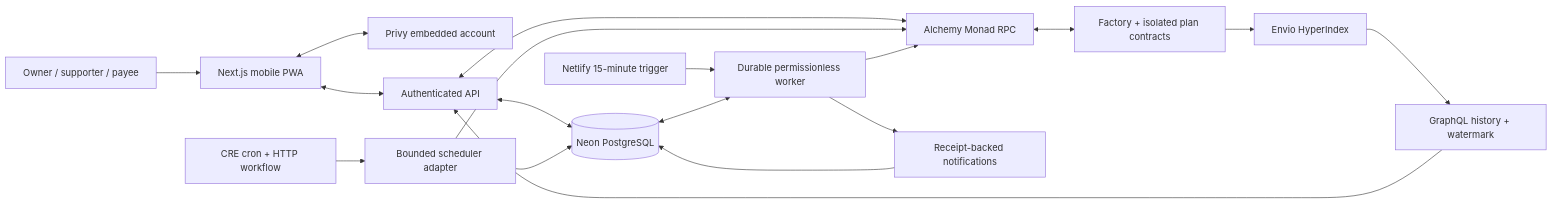
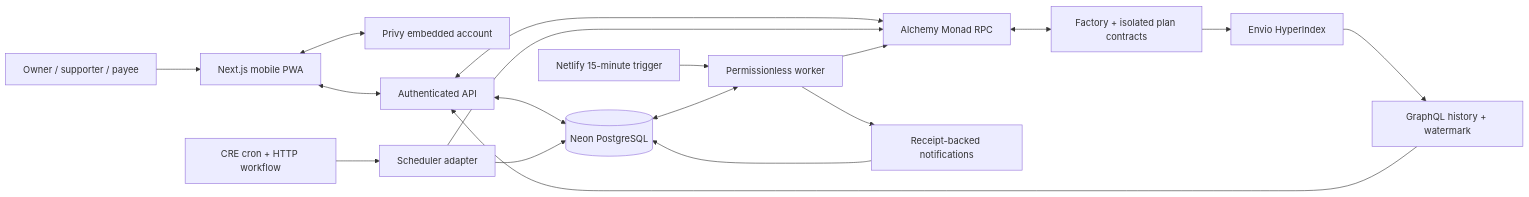
One commit to vkk28/fallback changed the diagram in README.md. Above: the diagram before and after it, drawn with Mermaid. The commit also changed other lines of this file and 30 other files, not shown here.

````diff
--- a/README.md
+++ b/README.md
@@ -148,20 +100,20 @@
-```mermaid
+~~~mermaid
 flowchart LR
     User[Owner / supporter / payee] --> App[Next.js mobile PWA]
     App <--> Privy[Privy embedded account]
     App <--> API[Authenticated API]
     API <--> DB[(Neon PostgreSQL)]
     API <--> RPC[Alchemy Monad RPC]
     RPC <--> Contracts[Factory + isolated plan contracts]
     Contracts --> Envio[Envio HyperIndex]
     Envio --> History[GraphQL history + watermark]
     History --> API
-    CRE[CRE cron + HTTP workflow] --> Adapter[Bounded scheduler adapter]
+    CRE[CRE cron + HTTP workflow] --> Adapter[Scheduler adapter]
     Adapter --> RPC
     Adapter --> DB
-    Tick[Netlify 15-minute trigger] --> Worker[Durable permissionless worker]
+    Tick[Netlify 15-minute trigger] --> Worker[Permissionless worker]
     DB <--> Worker
     Worker --> RPC
     Worker --> Notifications[Receipt-backed notifications]
     Notifications --> DB
-```
+~~~
````
